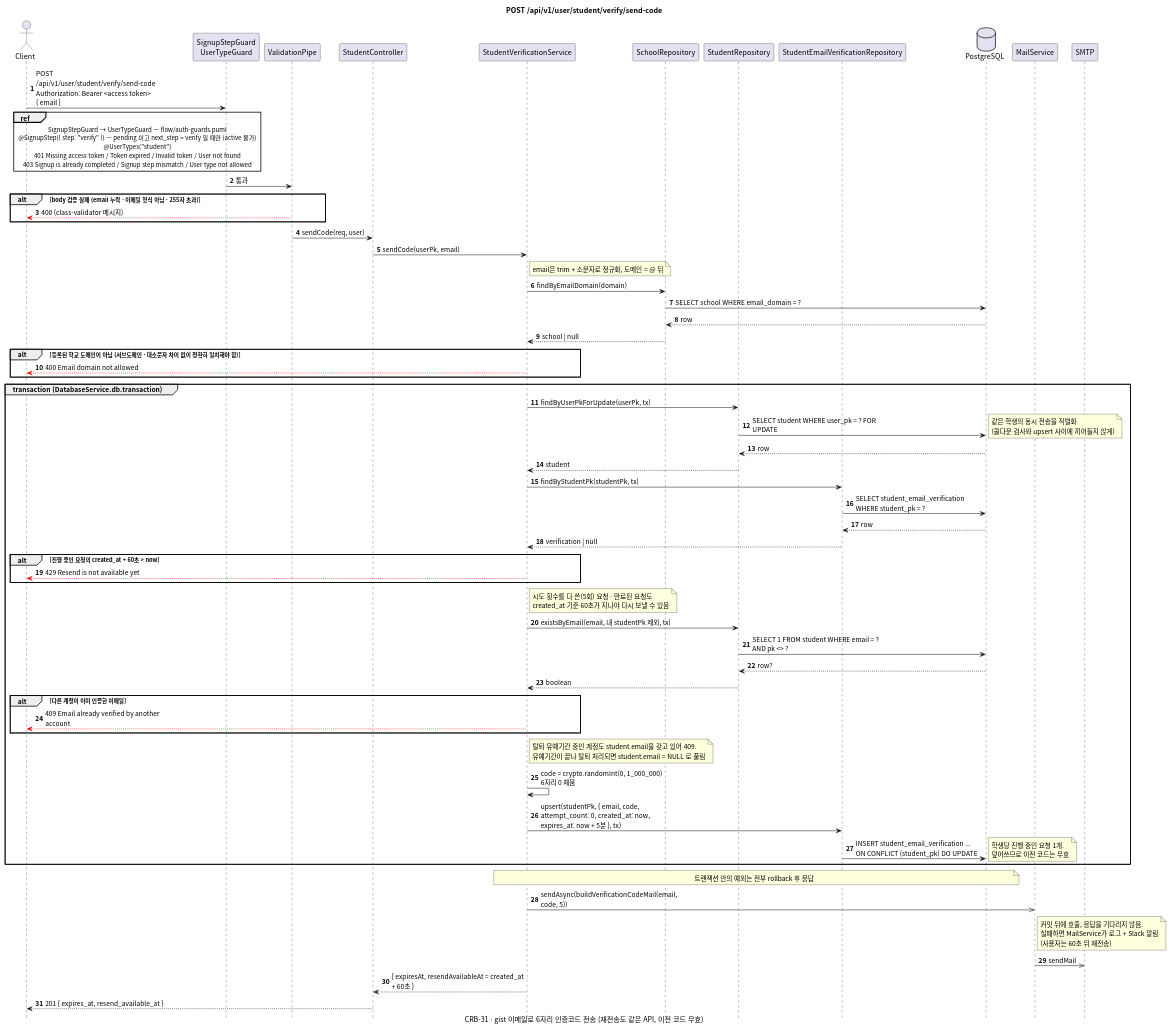
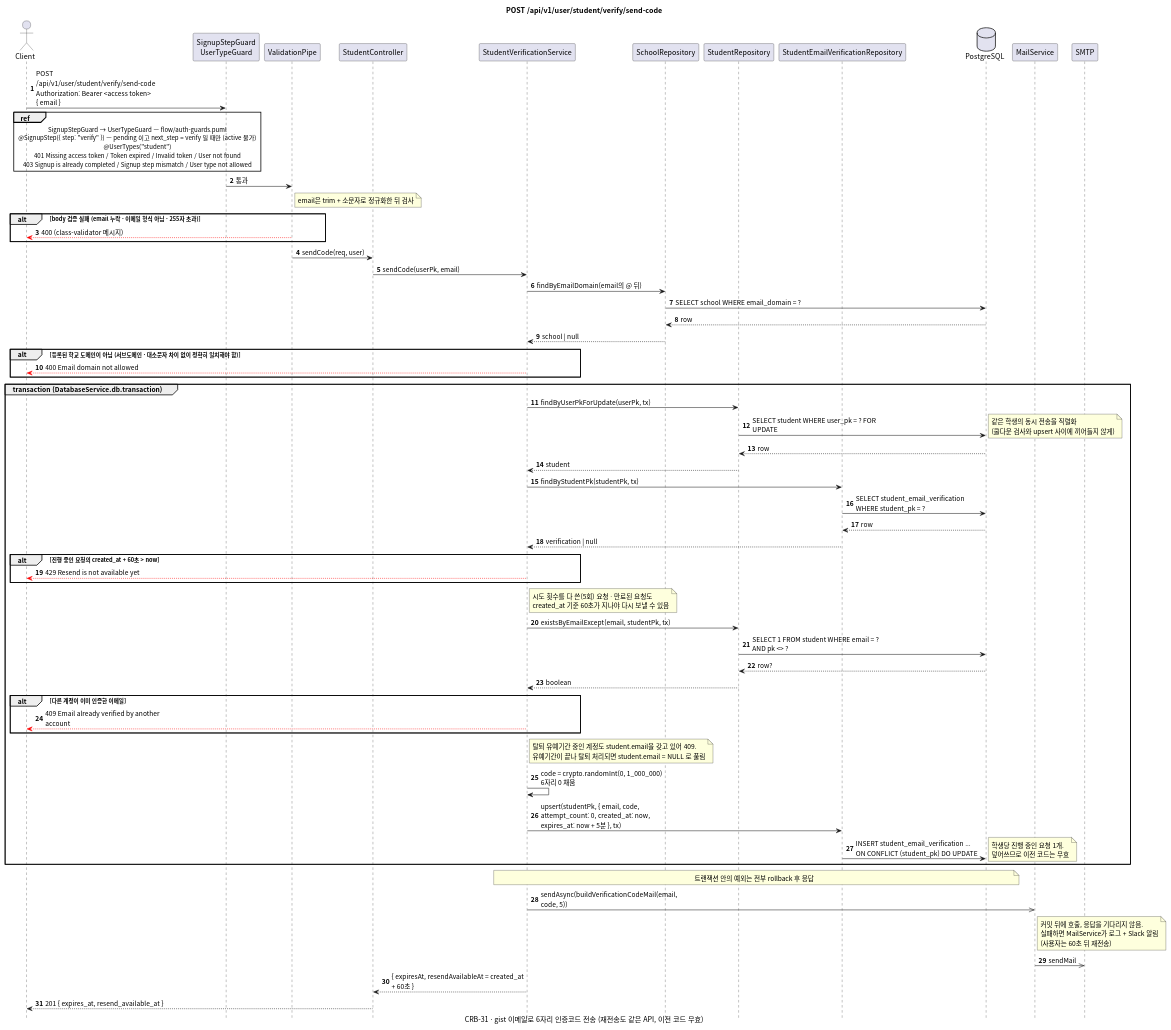
One commit to gsainfoteam/cheers-be changed the diagram in docs/sequence/student/post-verify-send-code.puml. Above: the diagram before and after it, drawn with PlantUML. The commit also changed 1 other file, not shown here.

Commit message:
- docs: sync student sequence diagrams with implementation

```diff
--- a/docs/sequence/student/post-verify-send-code.puml
+++ b/docs/sequence/student/post-verify-send-code.puml
@@ -1,99 +1,99 @@
 @startuml post-verify-send-code
 skinparam defaultFontName "Apple SD Gothic Neo", "Noto Sans CJK KR", sans-serif
 skinparam responseMessageBelowArrow true
 skinparam sequenceMessageAlign left
 skinparam maxMessageSize 260
 skinparam BoxPadding 8
 skinparam shadowing false
 autonumber
 hide footbox
 
 title POST /api/v1/user/student/verify/send-code
 caption CRB-31 · gist 이메일로 6자리 인증코드 전송 (재전송도 같은 API, 이전 코드 무효)
 
 actor Client
 participant "SignupStepGuard\nUserTypeGuard" as Guard
 participant "ValidationPipe" as Pipe
 participant "StudentController" as Controller
 participant "StudentVerificationService" as Service
 participant "SchoolRepository" as SchoolRepository
 participant "StudentRepository" as StudentRepository
 participant "StudentEmailVerificationRepository" as VerificationRepository
 database PostgreSQL
 participant "MailService" as MailService
 participant "SMTP"
 
 Client -> Guard: POST /api/v1/user/student/verify/send-code\nAuthorization: Bearer <access token>\n{ email }
 ref over Client, Guard
   SignupStepGuard → UserTypeGuard — flow/auth-guards.puml
   @SignupStep({ step: "verify" }) — pending 이고 next_step = verify 일 때만 (active 불가)
   @UserTypes("student")
   401 Missing access token / Token expired / Invalid token / User not found
   403 Signup is already completed / Signup step mismatch / User type not allowed
 end ref
 Guard -> Pipe: 통과
+note right of Pipe: email은 trim + 소문자로 정규화한 뒤 검사
 alt body 검증 실패 (email 누락 · 이메일 형식 아님 · 255자 초과)
   Pipe -[#red]-> Client: 400 (class-validator 메시지)
 end
 Pipe -> Controller: sendCode(req, user)
 Controller -> Service: sendCode(userPk, email)
 
-note right of Service: email은 trim + 소문자로 정규화, 도메인 = @ 뒤
-Service -> SchoolRepository: findByEmailDomain(domain)
+Service -> SchoolRepository: findByEmailDomain(email의 @ 뒤)
 SchoolRepository -> PostgreSQL: SELECT school WHERE email_domain = ?
 PostgreSQL --> SchoolRepository: row
 SchoolRepository --> Service: school | null
 alt 등록된 학교 도메인이 아님 (서브도메인 · 대소문자 차이 없이 정확히 일치해야 함)
   Service -[#red]-> Client: 400 Email domain not allowed
 end
 
 group transaction (DatabaseService.db.transaction)
   Service -> StudentRepository: findByUserPkForUpdate(userPk, tx)
   StudentRepository -> PostgreSQL: SELECT student WHERE user_pk = ? FOR UPDATE
   note right: 같은 학생의 동시 전송을 직렬화\n(쿨다운 검사와 upsert 사이에 끼어들지 않게)
   PostgreSQL --> StudentRepository: row
   StudentRepository --> Service: student
 
   Service -> VerificationRepository: findByStudentPk(studentPk, tx)
   VerificationRepository -> PostgreSQL: SELECT student_email_verification WHERE student_pk = ?
   PostgreSQL --> VerificationRepository: row
   VerificationRepository --> Service: verification | null
   alt 진행 중인 요청의 created_at + 60초 > now
     Service -[#red]-> Client: 429 Resend is not available yet
   end
   note right of Service
     시도 횟수를 다 쓴(5회) 요청 · 만료된 요청도
     created_at 기준 60초가 지나야 다시 보낼 수 있음
   end note
 
-  Service -> StudentRepository: existsByEmail(email, 내 studentPk 제외, tx)
+  Service -> StudentRepository: existsByEmailExcept(email, studentPk, tx)
   StudentRepository -> PostgreSQL: SELECT 1 FROM student WHERE email = ? AND pk <> ?
   PostgreSQL --> StudentRepository: row?
   StudentRepository --> Service: boolean
   alt 다른 계정이 이미 인증한 이메일
     Service -[#red]-> Client: 409 Email already verified by another account
   end
   note right of Service
     탈퇴 유예기간 중인 계정도 student.email을 갖고 있어 409.
     유예기간이 끝나 탈퇴 처리되면 student.email = NULL 로 풀림
   end note
 
   Service -> Service: code = crypto.randomInt(0, 1_000_000)\n6자리 0 채움
   Service -> VerificationRepository: upsert(studentPk, { email, code,\nattempt_count: 0, created_at: now, expires_at: now + 5분 }, tx)
   VerificationRepository -> PostgreSQL: INSERT student_email_verification ...\nON CONFLICT (student_pk) DO UPDATE
   note right: 학생당 진행 중인 요청 1개.\n덮어쓰므로 이전 코드는 무효
 end
 note over Service, PostgreSQL: 트랜잭션 안의 예외는 전부 rollback 후 응답
 
 Service ->> MailService: sendAsync(buildVerificationCodeMail(email, code, 5))
 note right of MailService
   커밋 뒤에 호출, 응답을 기다리지 않음.
   실패하면 MailService가 로그 + Slack 알림
   (사용자는 60초 뒤 재전송)
 end note
 MailService ->> SMTP: sendMail
 
 Service --> Controller: { expiresAt, resendAvailableAt = created_at + 60초 }
 Controller --> Client: 201 { expires_at, resend_available_at }
 
 @enduml
```
